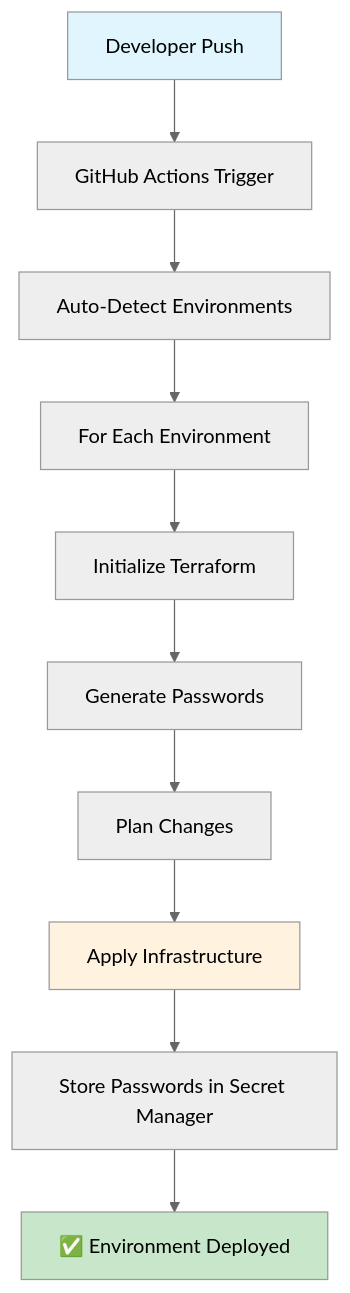
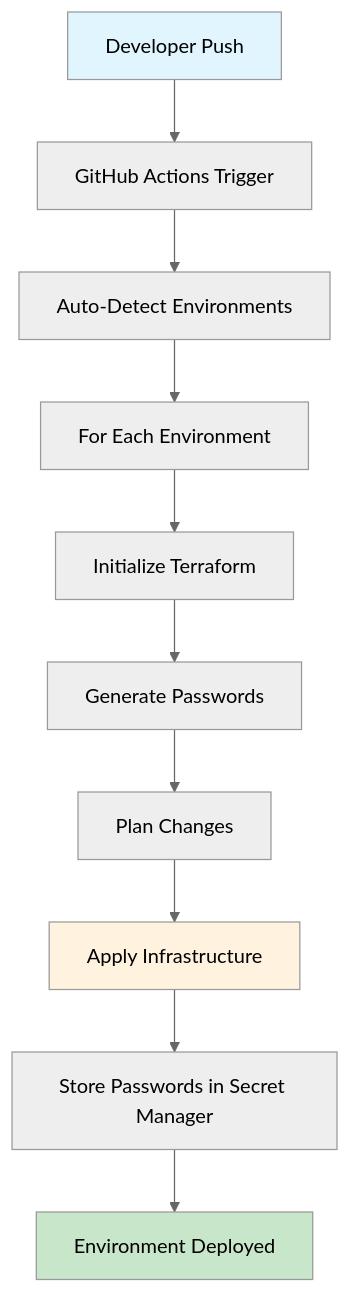
The diagram in README.md (paraskanwarit/das-l4-infra-np), drawn with Mermaid (neutral theme) before and after one commit. The commit also changed other lines of this file and 10 other files, not shown here.

````diff
--- a/README.md
+++ b/README.md
@@ -35,16 +35,16 @@
 ```mermaid
 graph TD
     A[Developer Push] --> B[GitHub Actions Trigger]
     B --> C[Auto-Detect Environments]
     C --> D[For Each Environment]
     D --> E[Initialize Terraform]
     E --> F[Generate Passwords]
     F --> G[Plan Changes]
     G --> H[Apply Infrastructure]
     H --> I[Store Passwords in Secret Manager]
-    I --> J[✅ Environment Deployed]
+    I --> J[ Environment Deployed]
     
     style A fill:#e1f5fe
     style J fill:#c8e6c9
     style H fill:#fff3e0
 ```
````
